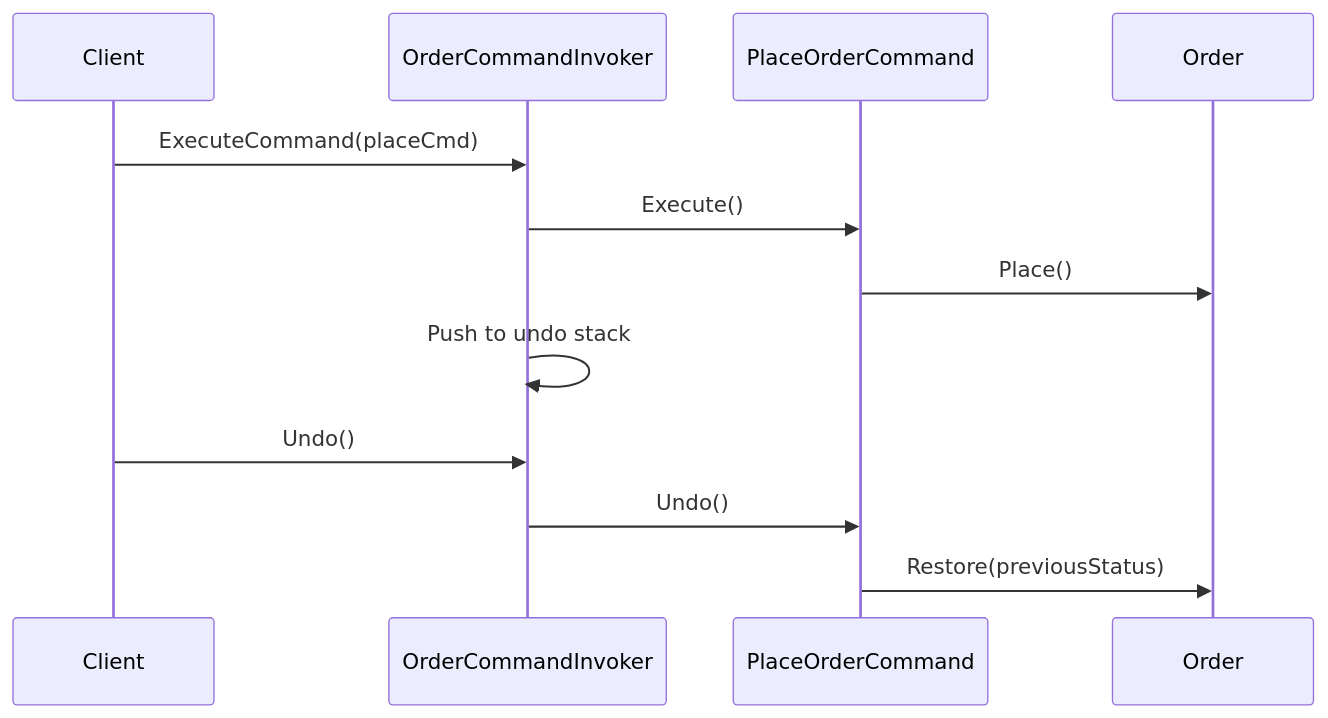
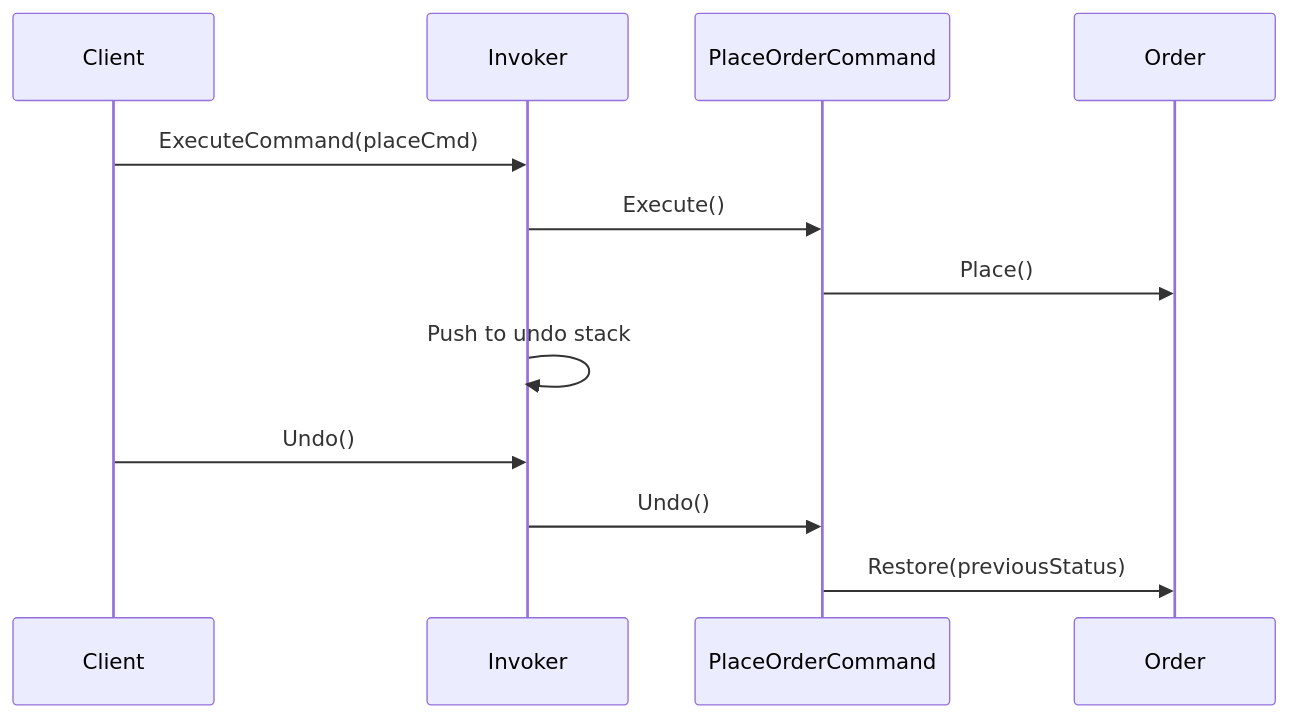
One commit to senapatisantosh/DotnetAdvanceDesignPattern changed the second of 2 diagrams in src/DesignPatterns.Behavioral/Command/README.md. Above: the diagram before and after it, drawn with Mermaid. The commit also changed other lines of this file and 12 other files, not shown here.

````diff
--- a/src/DesignPatterns.Behavioral/Command/README.md
+++ b/src/DesignPatterns.Behavioral/Command/README.md
@@ -97,15 +107,16 @@
 ```mermaid
 sequenceDiagram
     participant Client
-    participant Invoker as OrderCommandInvoker
+    participant Invoker
     participant Cmd as PlaceOrderCommand
     participant Order
 
     Client->>Invoker: ExecuteCommand(placeCmd)
     Invoker->>Cmd: Execute()
     Cmd->>Order: Place()
     Invoker->>Invoker: Push to undo stack
+
     Client->>Invoker: Undo()
     Invoker->>Cmd: Undo()
     Cmd->>Order: Restore(previousStatus)
 ```
````
